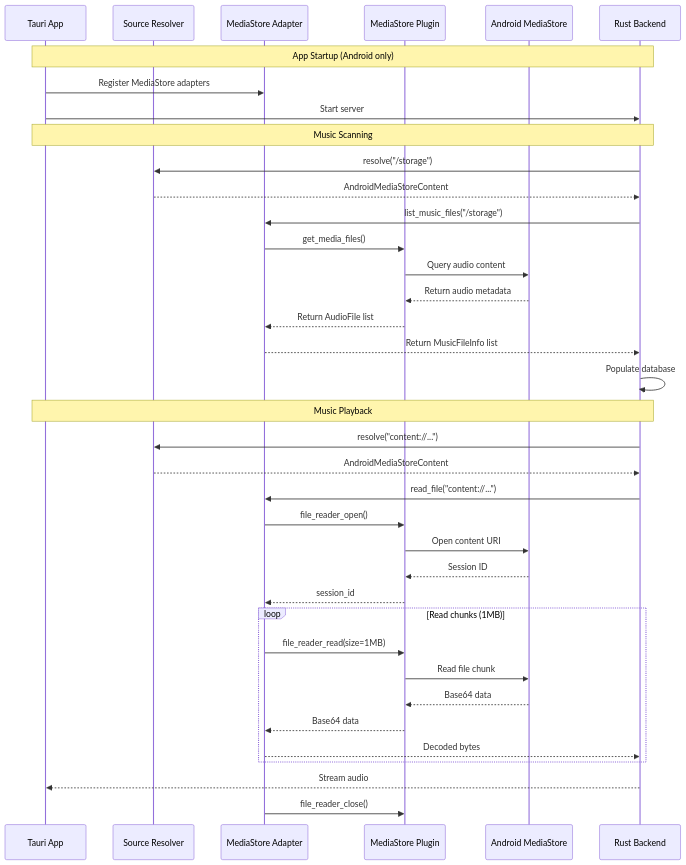
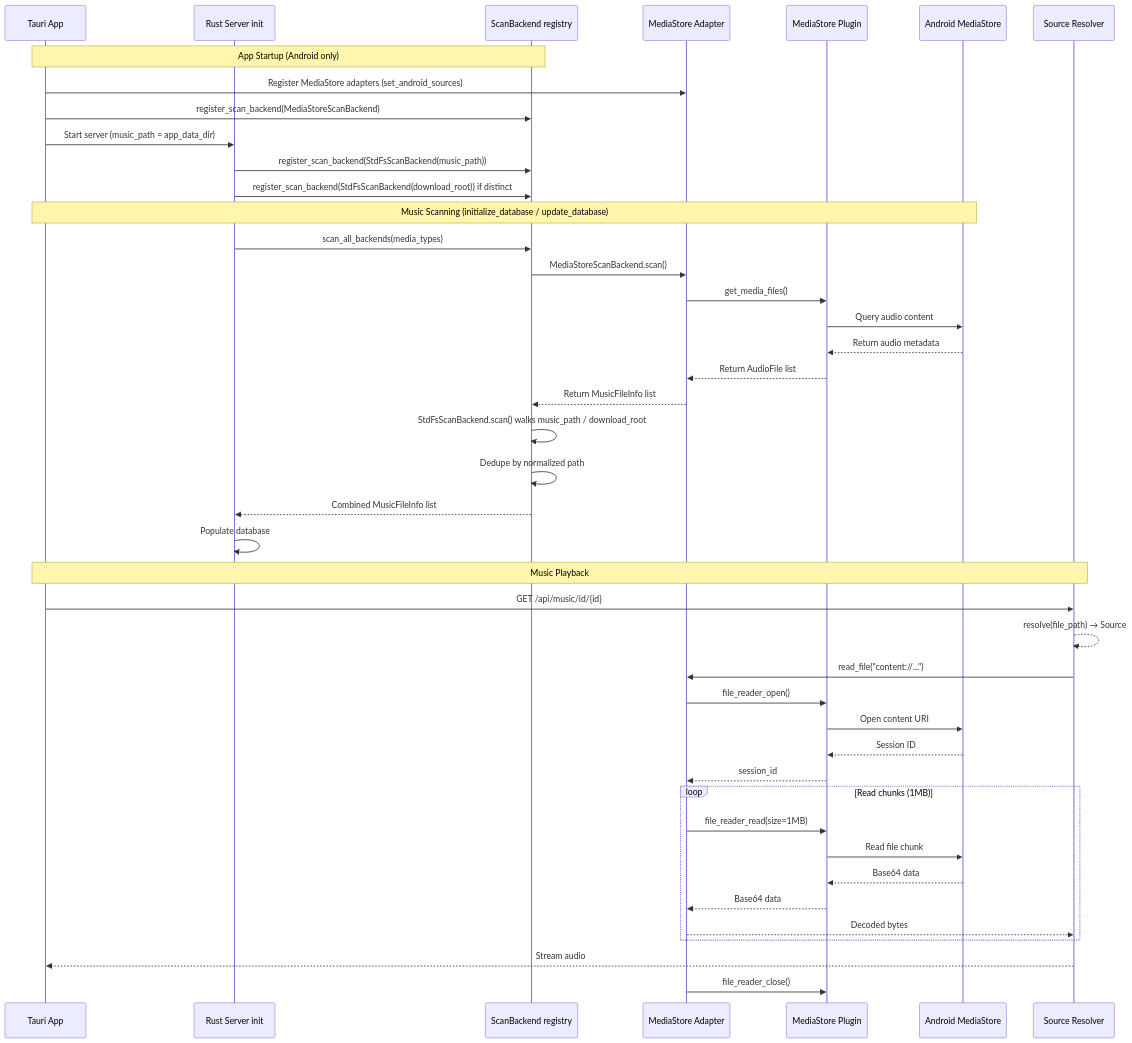
Before and after one commit to Afeather2017/Kaulan: the diagram in docs/android/mediastore-integration.md, drawn with Mermaid. The commit also changed other lines of this file and 24 other files, not shown here.

First line of the commit message:
Refactor library scanning around scan backends

````diff
--- a/docs/android/mediastore-integration.md
+++ b/docs/android/mediastore-integration.md
@@ -28,42 +33,48 @@
 ```mermaid
 sequenceDiagram
     participant App as Tauri App
-    participant Resolver as Source Resolver
+    participant Server as Rust Server init
+    participant Scan as ScanBackend registry
     participant Adapter as MediaStore Adapter
     participant Plugin as MediaStore Plugin
     participant MediaStore as Android MediaStore
-    participant Backend as Rust Backend
+    participant Resolver as Source Resolver
 
-    Note over App,Backend: App Startup (Android only)
-    App->>Adapter: Register MediaStore adapters
-    App->>Backend: Start server
+    Note over App,Scan: App Startup (Android only)
+    App->>Adapter: Register MediaStore adapters (set_android_sources)
+    App->>Scan: register_scan_backend(MediaStoreScanBackend)
+    App->>Server: Start server (music_path = app_data_dir)
+    Server->>Scan: register_scan_backend(StdFsScanBackend(music_path))
+    Server->>Scan: register_scan_backend(StdFsScanBackend(download_root)) if distinct
 
-    Note over App,Backend: Music Scanning
-    Backend->>Resolver: resolve("/storage")
-    Resolver-->>Backend: AndroidMediaStoreContent
-    Backend->>Adapter: list_music_files("/storage")
+    Note over App,MediaStore: Music Scanning (initialize_database / update_database)
+    Server->>Scan: scan_all_backends(media_types)
+    Scan->>Adapter: MediaStoreScanBackend.scan()
     Adapter->>Plugin: get_media_files()
     Plugin->>MediaStore: Query audio content
     MediaStore-->>Plugin: Return audio metadata
     Plugin-->>Adapter: Return AudioFile list
-    Adapter-->>Backend: Return MusicFileInfo list
-    Backend->>Backend: Populate database
+    Adapter-->>Scan: Return MusicFileInfo list
+    Scan->>Scan: StdFsScanBackend.scan() walks music_path / download_root
+    Scan->>Scan: Dedupe by normalized path
+    Scan-->>Server: Combined MusicFileInfo list
+    Server->>Server: Populate database
 
-    Note over App,Backend: Music Playback
-    Backend->>Resolver: resolve("content://...")
-    Resolver-->>Backend: AndroidMediaStoreContent
-    Backend->>Adapter: read_file("content://...")
+    Note over App,Resolver: Music Playback
+    App->>Resolver: GET /api/music/id/{id}
+    Resolver-->>Resolver: resolve(file_path) → Source
+    Resolver->>Adapter: read_file("content://...")
     Adapter->>Plugin: file_reader_open()
     Plugin->>MediaStore: Open content URI
     MediaStore-->>Plugin: Session ID
     Plugin-->>Adapter: session_id
     loop Read chunks (1MB)
         Adapter->>Plugin: file_reader_read(size=1MB)
         Plugin->>MediaStore: Read file chunk
         MediaStore-->>Plugin: Base64 data
         Plugin-->>Adapter: Base64 data
-        Adapter-->>Backend: Decoded bytes
+        Adapter-->>Resolver: Decoded bytes
     end
-    Backend-->>App: Stream audio
+    Resolver-->>App: Stream audio
     Adapter->>Plugin: file_reader_close()
 ```
````
